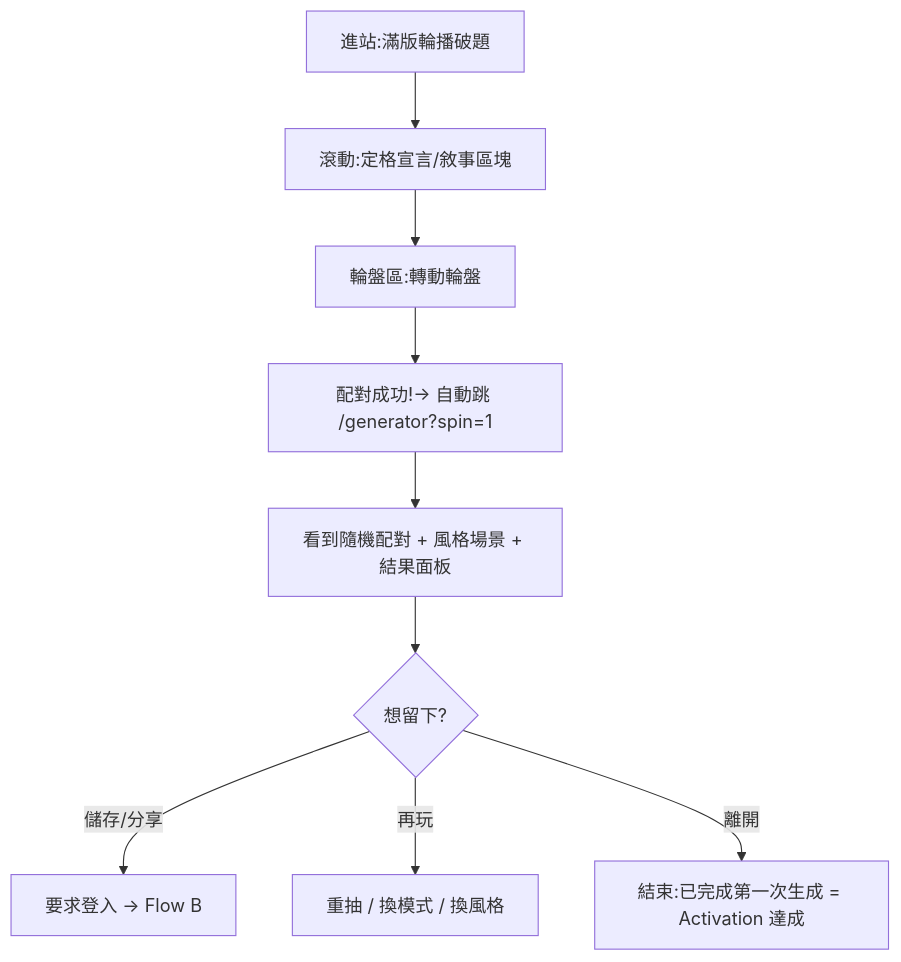
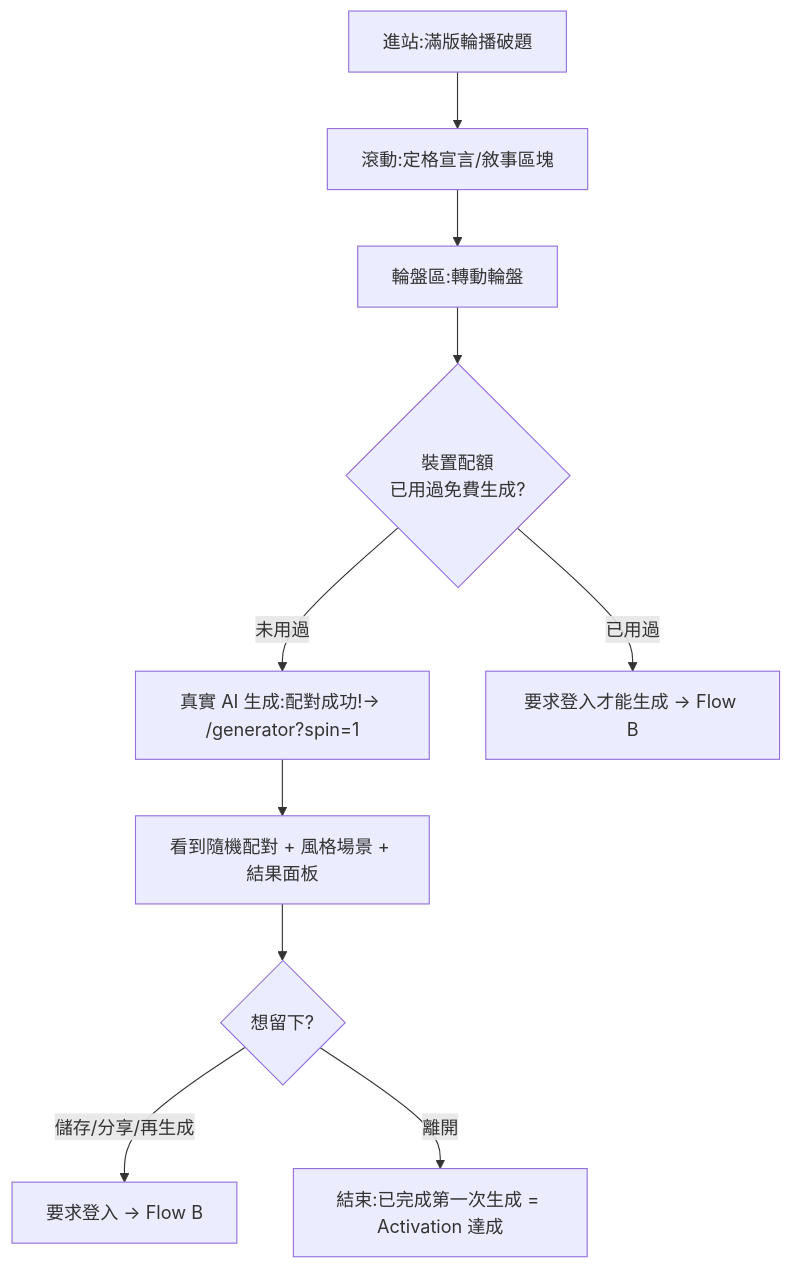
The first of 5 diagrams in docs/user-flow.md (alvis9315/figureshot-lab), drawn with Mermaid before and after one commit. The commit also changed other lines of this file and 5 other files, not shown here.

Commit message:
docs: PRE-007 User Flow 拍板——訪客配額制、照片選填+文字必填規則(FIG_003)、分享預設署名

````diff
--- a/docs/user-flow.md
+++ b/docs/user-flow.md
@@ -8,11 +8,12 @@
 ```mermaid
 flowchart TD
     A[進站:滿版輪播破題] --> B[滾動:定格宣言/敘事區塊]
     B --> C[輪盤區:轉動輪盤]
-    C --> D[配對成功!→ 自動跳 /generator?spin=1]
-    D --> E[看到隨機配對 + 風格場景 + 結果面板]
-    E --> F{想留下?}
-    F -->|儲存/分享| G[要求登入 → Flow B]
-    F -->|再玩| H[重抽 / 換模式 / 換風格]
-    F -->|離開| I[結束:已完成第一次生成 = Activation 達成]
+    C --> D{裝置配額<br/>已用過免費生成?}
+    D -->|未用過| E[真實 AI 生成:配對成功!→ /generator?spin=1]
+    D -->|已用過| L[要求登入才能生成 → Flow B]
+    E --> F[看到隨機配對 + 風格場景 + 結果面板]
+    F --> G{想留下?}
+    G -->|儲存/分享/再生成| H[要求登入 → Flow B]
+    G -->|離開| I[結束:已完成第一次生成 = Activation 達成]
 ```
````
